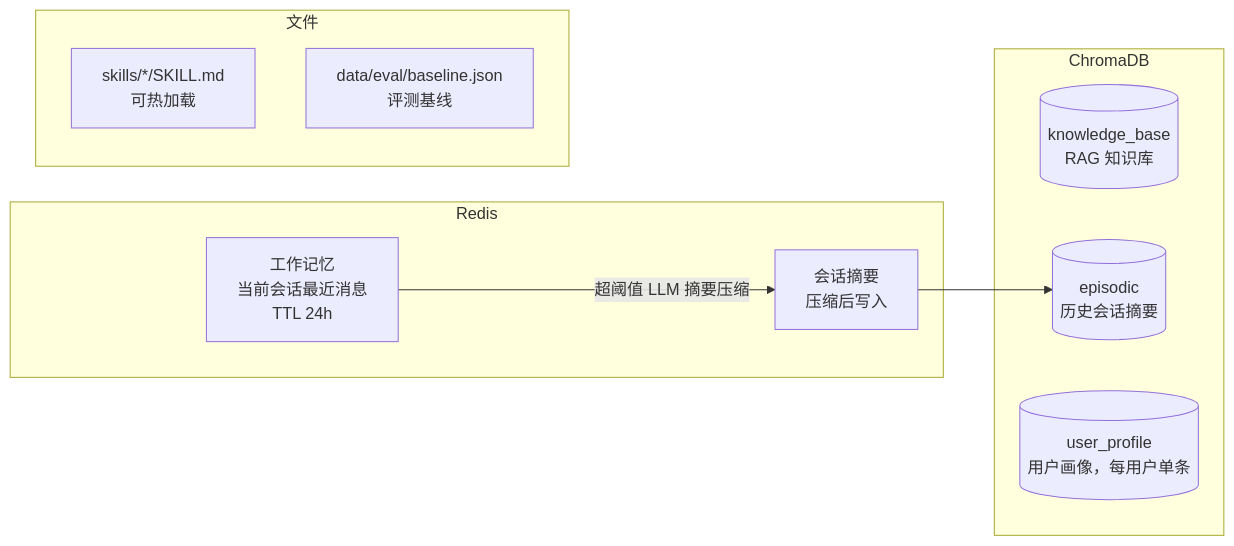
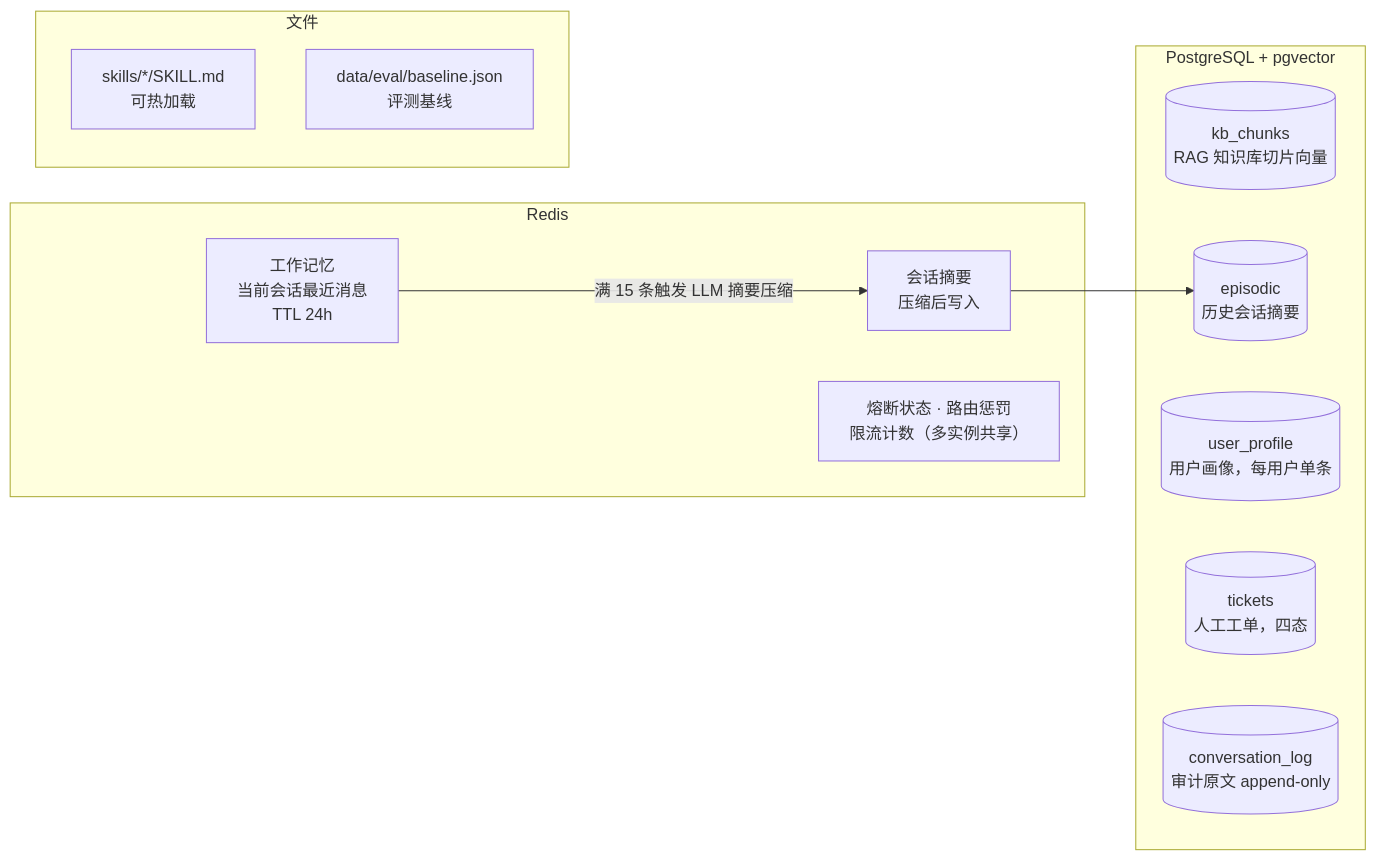
Before and after one commit to heyemlee/ai-helpdesk: the fourth of 6 diagrams in backend/wiki/架构图.md, drawn with Mermaid. The commit also changed other lines of this file and 9 other files, not shown here.

First line of the commit message:
docs: refresh README and architecture diagrams after hardening

````diff
--- a/backend/wiki/架构图.md
+++ b/backend/wiki/架构图.md
@@ -91,19 +98,22 @@
 ```mermaid
 flowchart LR
     subgraph Redis
         WM[工作记忆<br/>当前会话最近消息<br/>TTL 24h]
         SUM[会话摘要<br/>压缩后写入]
+        CB[熔断状态 · 路由惩罚<br/>限流计数（多实例共享）]
     end
-    subgraph ChromaDB
-        KB[(knowledge_base<br/>RAG 知识库)]
+    subgraph PG[PostgreSQL + pgvector]
+        KB[(kb_chunks<br/>RAG 知识库切片向量)]
         EP[(episodic<br/>历史会话摘要)]
         UP[(user_profile<br/>用户画像，每用户单条)]
+        TK[(tickets<br/>人工工单，四态)]
+        CL[(conversation_log<br/>审计原文 append-only)]
     end
     subgraph 文件
         SK[skills/*/SKILL.md<br/>可热加载]
         BL[data/eval/baseline.json<br/>评测基线]
     end
 
-    WM -->|超阈值 LLM 摘要压缩| SUM
+    WM -->|满 15 条触发 LLM 摘要压缩| SUM
     SUM --> EP
 ```
````
